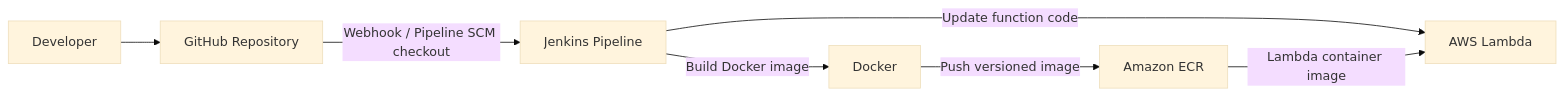
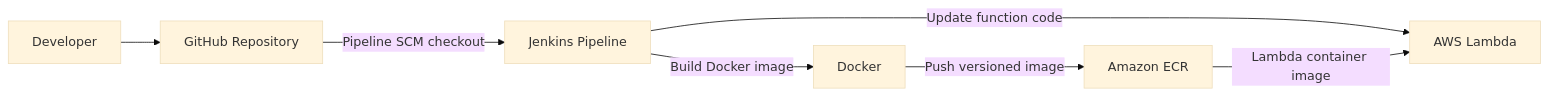
The first of 2 diagrams in README.md (nikhilmastud/Automated-Image-Processing-System), drawn with Mermaid (base theme) before and after one commit. The commit also changed other lines of this file, not shown here.

````diff
--- a/README.md
+++ b/README.md
@@ -9,9 +9,9 @@
 ```mermaid
 flowchart LR
     DEV[Developer] --> GH[GitHub Repository]
-    GH -->|Webhook / Pipeline SCM checkout| J[Jenkins Pipeline]
+    GH -->|Pipeline SCM checkout| J[Jenkins Pipeline]
     J -->|Build Docker image| D[Docker]
     D -->|Push versioned image| ECR[Amazon ECR]
     J -->|Update function code| L[AWS Lambda]
     ECR -->|Lambda container image| L
 ```
````
